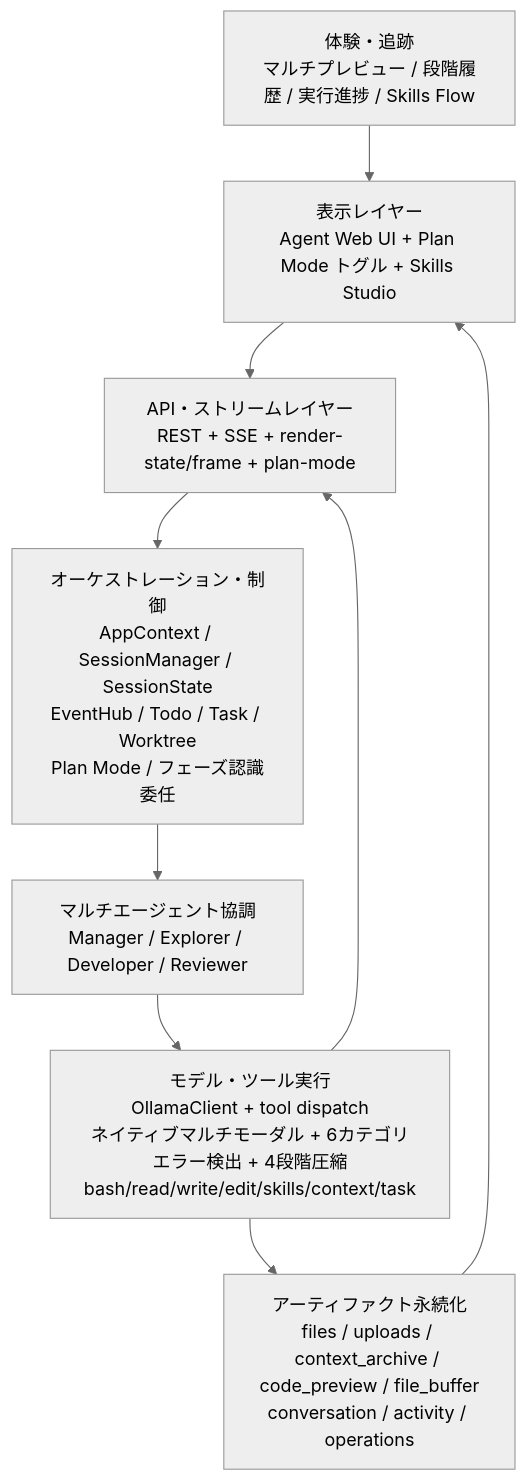
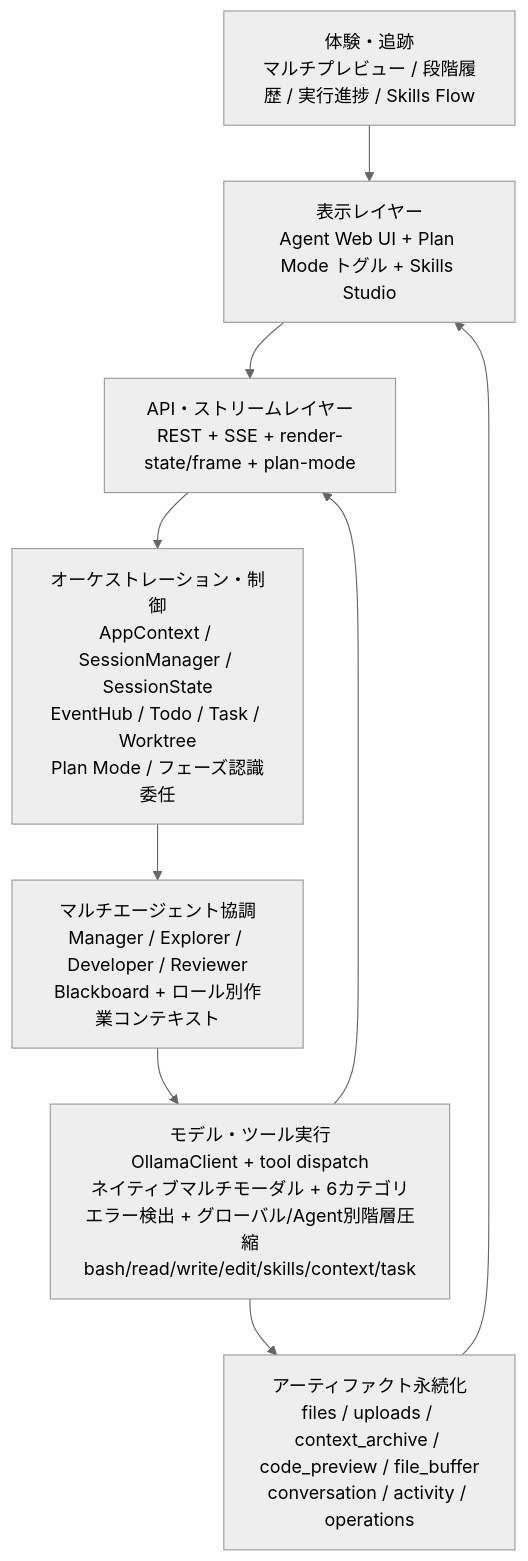
The first of 15 diagrams in README-ja.md (FonaTech/Clouds-Coder), drawn with Mermaid (neutral theme) before and after one commit. The commit also changed other lines of this file and 6 other files, not shown here.

````diff
--- a/README-ja.md
+++ b/README-ja.md
@@ -183,13 +185,13 @@
 ```mermaid
 flowchart TB
   UX["体験・追跡<br/>マルチプレビュー / 段階履歴 / 実行進捗 / Skills Flow"]
   UI["表示レイヤー<br/>Agent Web UI + Plan Mode トグル + Skills Studio"]
   API["API・ストリームレイヤー<br/>REST + SSE + render-state/frame + plan-mode"]
   ORCH["オーケストレーション・制御<br/>AppContext / SessionManager / SessionState<br/>EventHub / Todo / Task / Worktree<br/>Plan Mode / フェーズ認識委任"]
-  AGENT["マルチエージェント協調<br/>Manager / Explorer / Developer / Reviewer"]
-  EXEC["モデル・ツール実行<br/>OllamaClient + tool dispatch<br/>ネイティブマルチモーダル + 6カテゴリエラー検出 + 4段階圧縮<br/>bash/read/write/edit/skills/context/task"]
+  AGENT["マルチエージェント協調<br/>Manager / Explorer / Developer / Reviewer<br/>Blackboard + ロール別作業コンテキスト"]
+  EXEC["モデル・ツール実行<br/>OllamaClient + tool dispatch<br/>ネイティブマルチモーダル + 6カテゴリエラー検出 + グローバル/Agent別階層圧縮<br/>bash/read/write/edit/skills/context/task"]
   DATA["アーティファクト永続化<br/>files / uploads / context_archive / code_preview / file_buffer<br/>conversation / activity / operations"]
   UX --> UI --> API --> ORCH --> AGENT --> EXEC --> DATA
   EXEC --> API
   DATA --> UI
 ```
````
